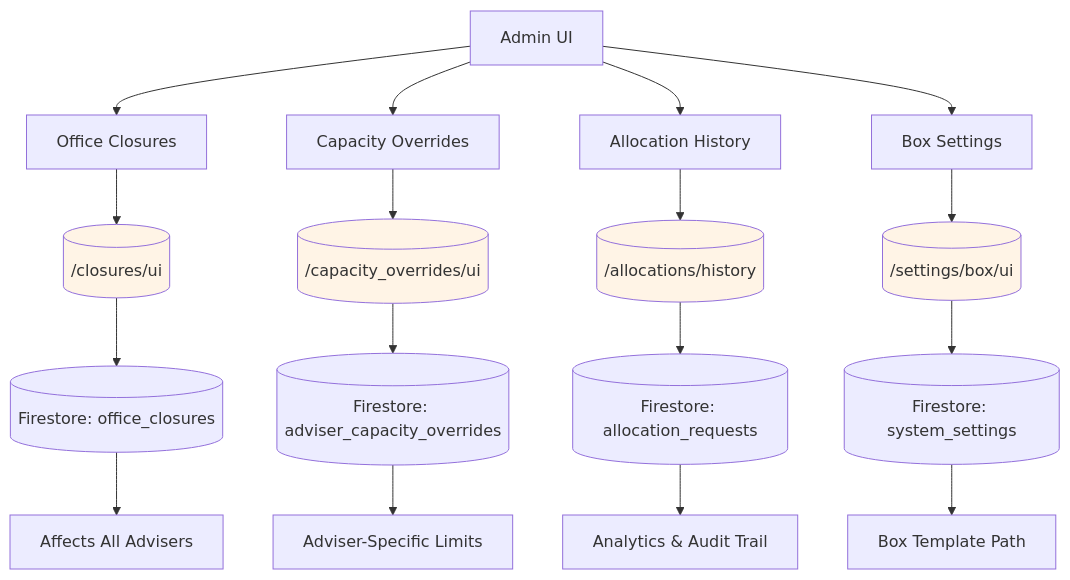
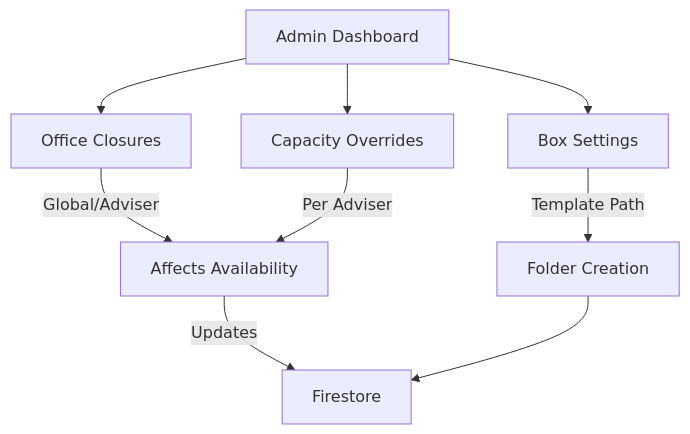
The fifth of 5 diagrams in README.md (Pivot-Wealth-Digital/adviser_allocation), drawn with Mermaid before and after one commit. The commit also changed other lines of this file and 10 other files, not shown here.

````diff
--- a/README.md
+++ b/README.md
@@ -242,27 +162,13 @@
 ```mermaid
 graph TD
-    A[Admin UI] --> B[Office Closures]
+    A[Admin Dashboard] --> B[Office Closures]
     A --> C[Capacity Overrides]
-    A --> D[Allocation History]
-    A --> E[Box Settings]
+    A --> D[Box Settings]
 
-    B --> F[(/closures/ui)]
-    C --> G[(/capacity_overrides/ui)]
-    D --> H[(/allocations/history)]
-    E --> I[(/settings/box/ui)]
+    B -->|Global/Adviser| E[Affects Availability]
+    C -->|Per Adviser| E
+    D -->|Template Path| F[Folder Creation]
 
-    F --> J[(Firestore: office_closures)]
-    G --> K[(Firestore: adviser_capacity_overrides)]
-    H --> L[(Firestore: allocation_requests)]
-    I --> M[(Firestore: system_settings)]
-
-    J --> N[Affects All Advisers]
-    K --> O[Adviser-Specific Limits]
-    L --> P[Analytics & Audit Trail]
-    M --> Q[Box Template Path]
-
-    style F fill:#fff4e6
-    style G fill:#fff4e6
-    style H fill:#fff4e6
-    style I fill:#fff4e6
+    E -->|Updates| G[Firestore]
+    F --> G
 ```
````
